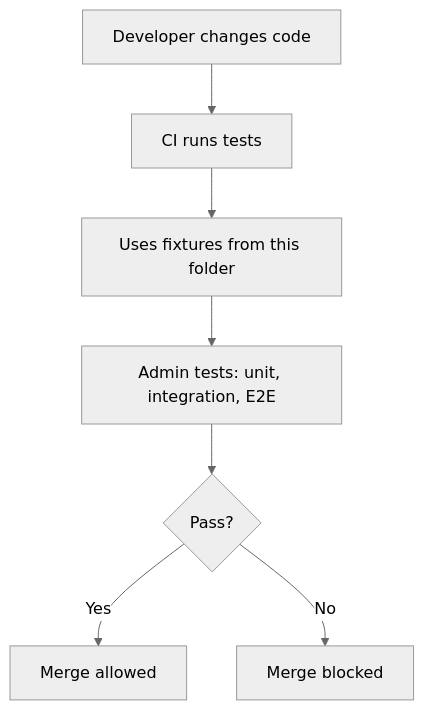
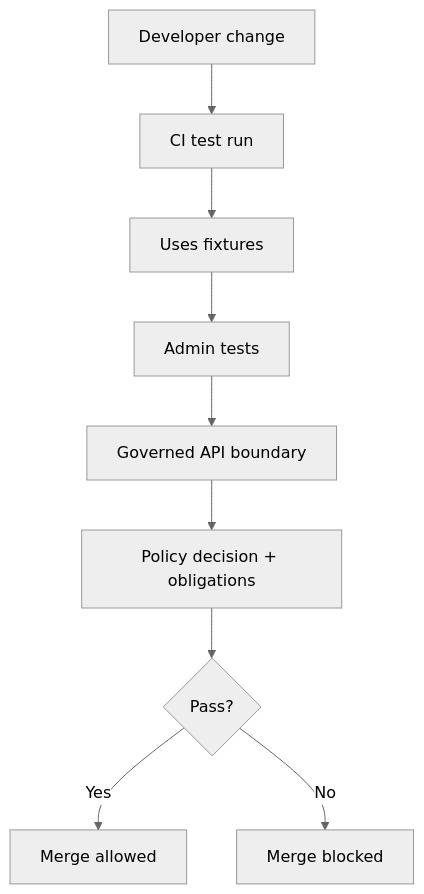
One commit to bartytime4life/Kansas-Frontier-Matrix changed the diagram in apps/admin/tests/fixtures/README.md. Above: the diagram before and after it, drawn with Mermaid (neutral theme). The commit also changed other lines of this file, not shown here.

First line of the commit message:
Revise README for fixtures with updates and clarifications

````diff
--- a/apps/admin/tests/fixtures/README.md
+++ b/apps/admin/tests/fixtures/README.md
@@ -58,9 +65,11 @@
 ```mermaid
 flowchart TD
-  Dev[Developer changes code] --> CI[CI runs tests]
-  CI --> Fixtures[Uses fixtures from this folder]
-  Fixtures --> Tests[Admin tests: unit, integration, E2E]
-  Tests --> Result{Pass?}
+  Dev[Developer change] --> CI[CI test run]
+  CI --> Fixtures[Uses fixtures]
+  Fixtures --> Tests[Admin tests]
+  Tests --> PEP[Governed API boundary]
+  PEP --> Policy[Policy decision + obligations]
+  Policy --> Result{Pass?}
   Result -->|Yes| Merge[Merge allowed]
   Result -->|No| Block[Merge blocked]
 ```
````
